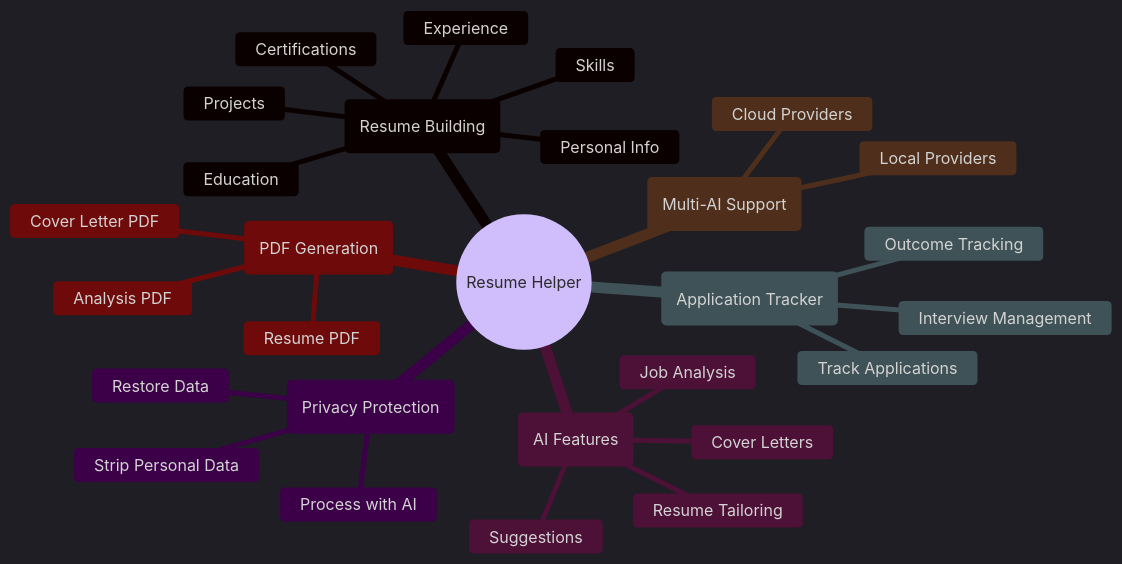
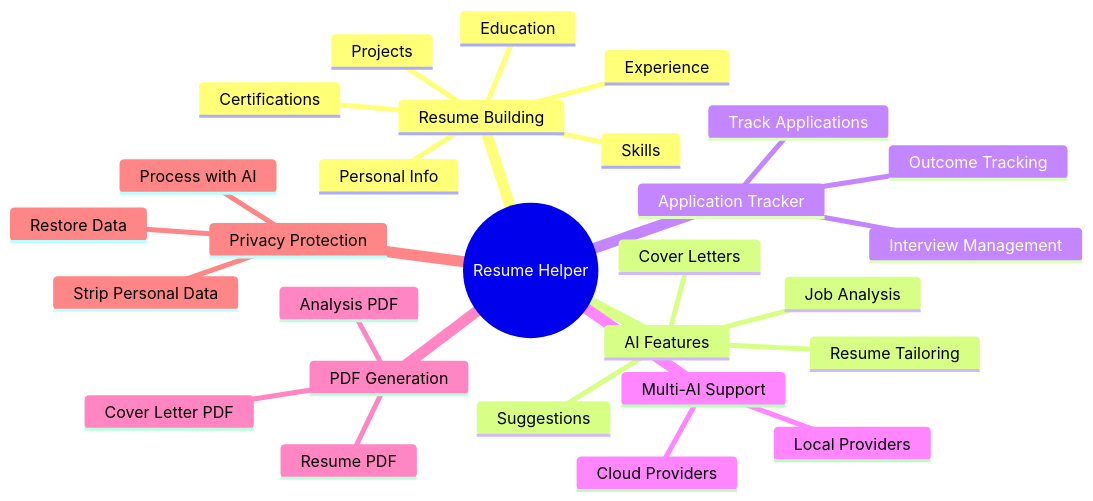
The first of 2 diagrams in README.md (gibbenergy/Resume_Helper), drawn with Mermaid before and after one commit.

Commit message:
Use default Mermaid theme for readable text

````diff
--- a/README.md
+++ b/README.md
@@ -30,32 +30,31 @@
 ```mermaid
-%%{init: {'theme': 'dark', 'themeVariables': {'primaryColor': '#6366f1', 'secondaryColor': '#8b5cf6', 'tertiaryColor': '#06b6d4', 'primaryTextColor': '#fff', 'secondaryTextColor': '#fff', 'tertiaryTextColor': '#fff', 'lineColor': '#94a3b8'}}}%%
 mindmap
   root((Resume Helper))
-    (Resume Building)
+    Resume Building
       Personal Info
       Education
       Experience
       Skills
       Projects
       Certifications
-    (AI Features)
+    AI Features
       Job Analysis
       Resume Tailoring
       Cover Letters
       Suggestions
-    (Application Tracker)
+    Application Tracker
       Track Applications
       Interview Management
       Outcome Tracking
-    (Multi-AI Support)
+    Multi-AI Support
       Cloud Providers
       Local Providers
-    (PDF Generation)
+    PDF Generation
       Resume PDF
       Cover Letter PDF
       Analysis PDF
-    (Privacy Protection)
+    Privacy Protection
       Strip Personal Data
       Process with AI
       Restore Data
 ```
````
